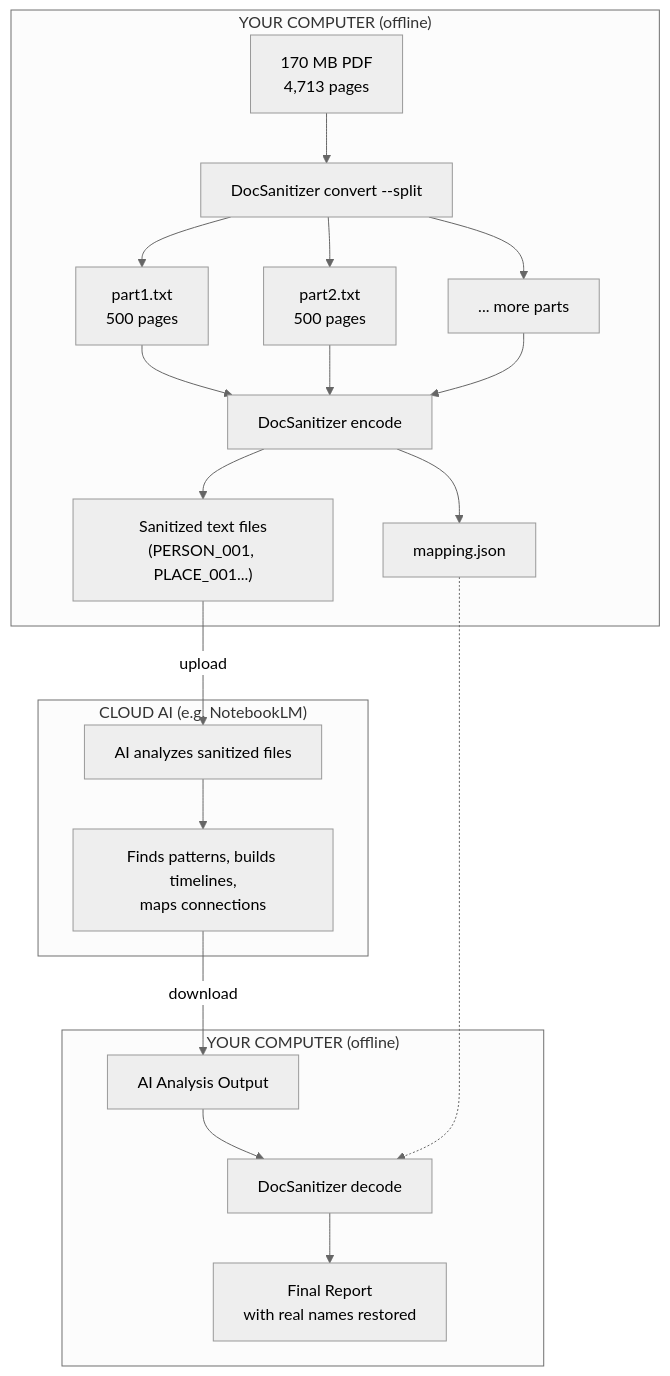
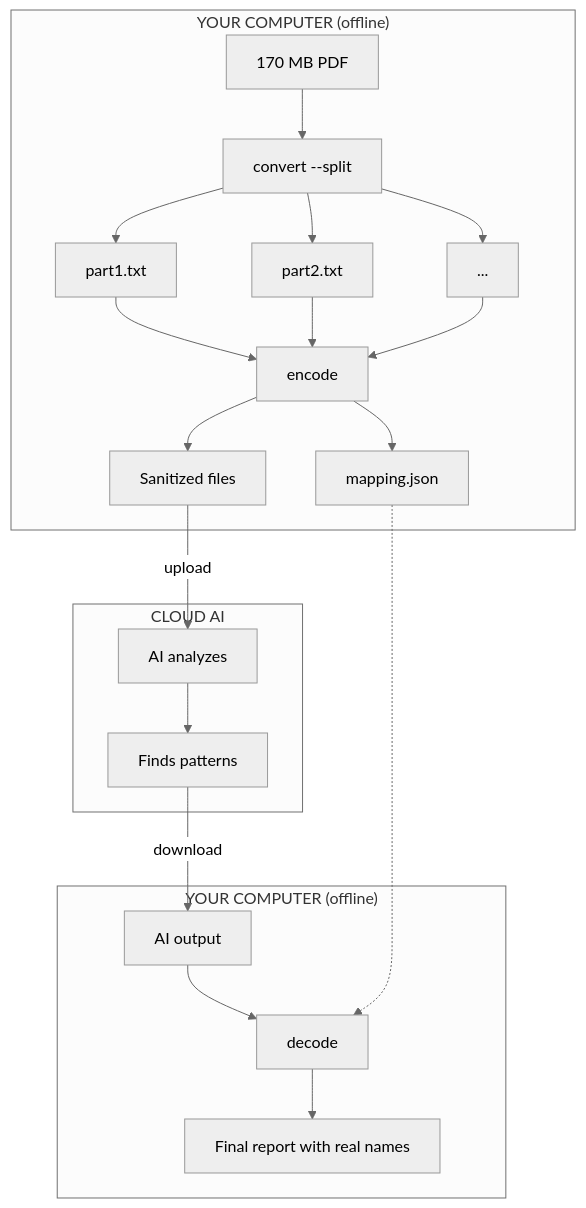
Before and after one commit to voelspriet/docsanitizer: the diagram in README.md, drawn with Mermaid (neutral theme).

Commit message:
Fix Mermaid diagram - remove line breaks that show as literal \n

````diff
--- a/README.md
+++ b/README.md
@@ -93,29 +93,28 @@
 ```mermaid
 flowchart TB
     subgraph LOCAL1["YOUR COMPUTER (offline)"]
-        A["170 MB PDF\n4,713 pages"] --> B[DocSanitizer convert --split]
-        B --> C1[part1.txt\n500 pages]
-        B --> C2[part2.txt\n500 pages]
-        B --> C3[... more parts]
-        C1 --> D[DocSanitizer encode]
+        A[170 MB PDF] --> B[convert --split]
+        B --> C1[part1.txt]
+        B --> C2[part2.txt]
+        B --> C3[...]
+        C1 --> D[encode]
         C2 --> D
         C3 --> D
-        D --> E["Sanitized text files\n(PERSON_001, PLACE_001...)"]
+        D --> E[Sanitized files]
         D --> F[mapping.json]
     end
 
     E -->|upload| G
 
-    subgraph CLOUD["CLOUD AI (e.g. NotebookLM)"]
-        G["AI analyzes sanitized files"]
-        G --> H["Finds patterns, builds timelines,\nmaps connections"]
+    subgraph CLOUD["CLOUD AI"]
+        G[AI analyzes] --> H[Finds patterns]
     end
 
     H -->|download| I
 
     subgraph LOCAL2["YOUR COMPUTER (offline)"]
-        I[AI Analysis Output] --> J[DocSanitizer decode]
+        I[AI output] --> J[decode]
         F -.-> J
-        J --> K["Final Report\nwith real names restored"]
+        J --> K[Final report with real names]
     end
 ```
````
